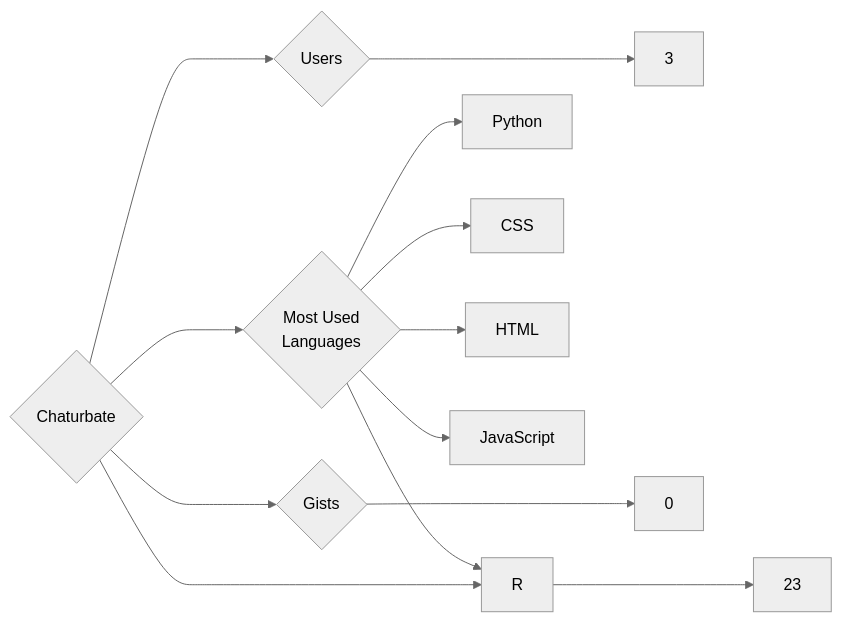
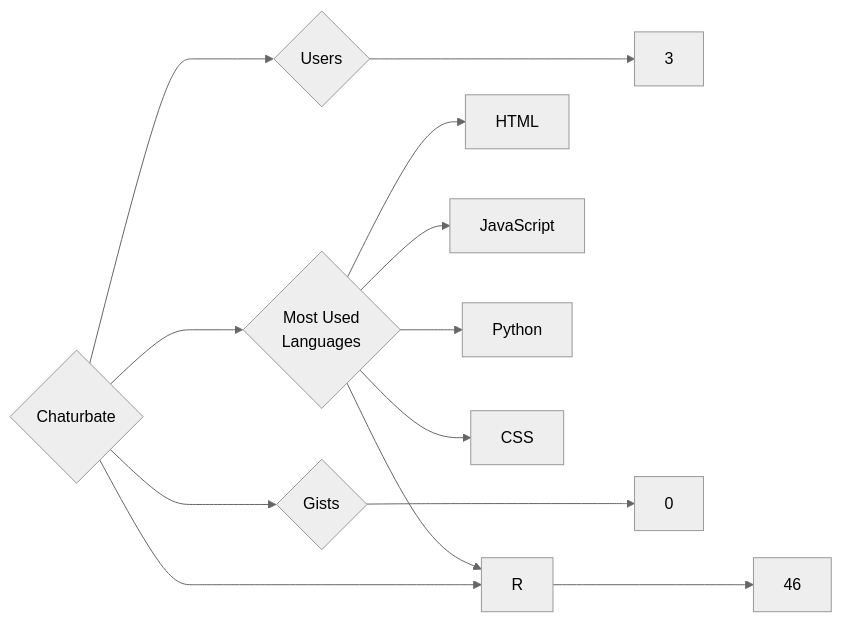
One commit to trickest/insiders changed the diagram in targets/Chaturbate/README.md. Above: the diagram before and after it, drawn with Mermaid (neutral theme). The commit also changed 777 other files, not shown here.

````diff
--- a/targets/Chaturbate/README.md
+++ b/targets/Chaturbate/README.md
@@ -3,13 +3,13 @@
 ```mermaid
 graph LR
 COMPANY_NAME{Chaturbate}
 COMPANY_NAME ---> U{Users} ---> UN[3]
-COMPANY_NAME ---> R{Repositories} ---> RN[23]
+COMPANY_NAME ---> R{Repositories} ---> RN[46]
 COMPANY_NAME ---> G{Gists} ---> GN[0]
 COMPANY_NAME ---> ML{Most Used<br>Languages}
+ML --> HTML[HTML]
+ML --> JavaScript[JavaScript]
 ML --> Python[Python]
 ML --> CSS[CSS]
 ML --> R[R]
-ML --> HTML[HTML]
-ML --> JavaScript[JavaScript]
 ```
````
